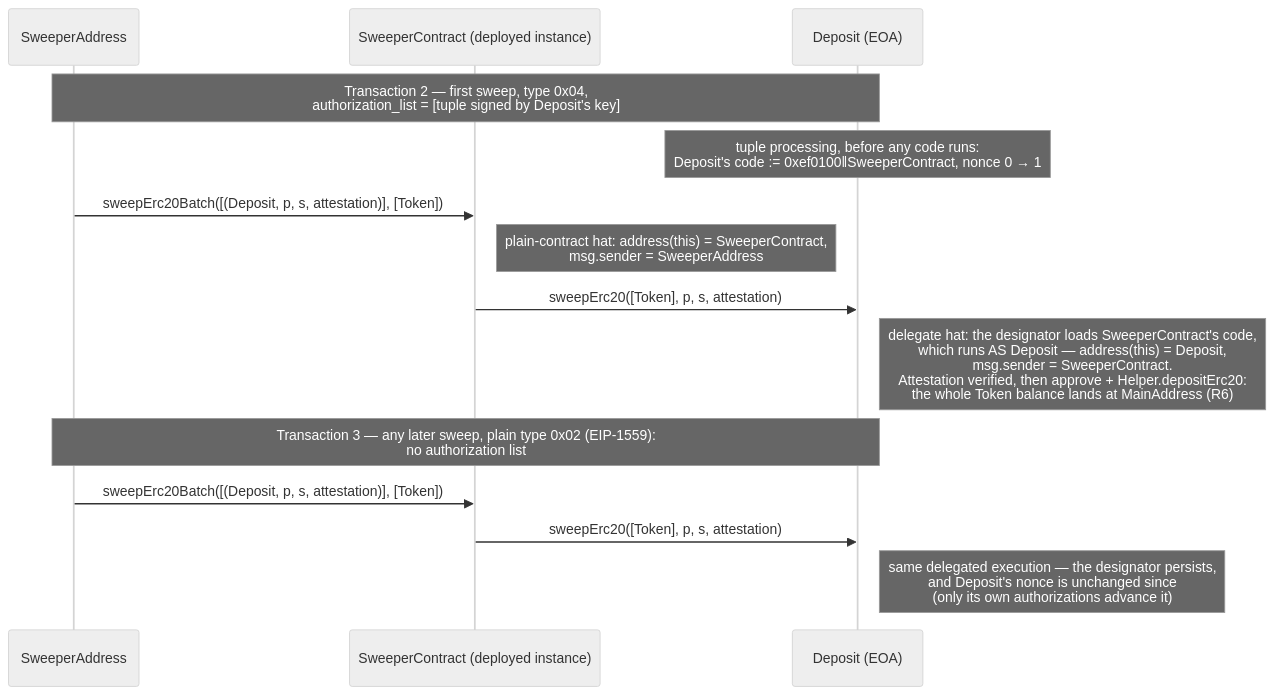
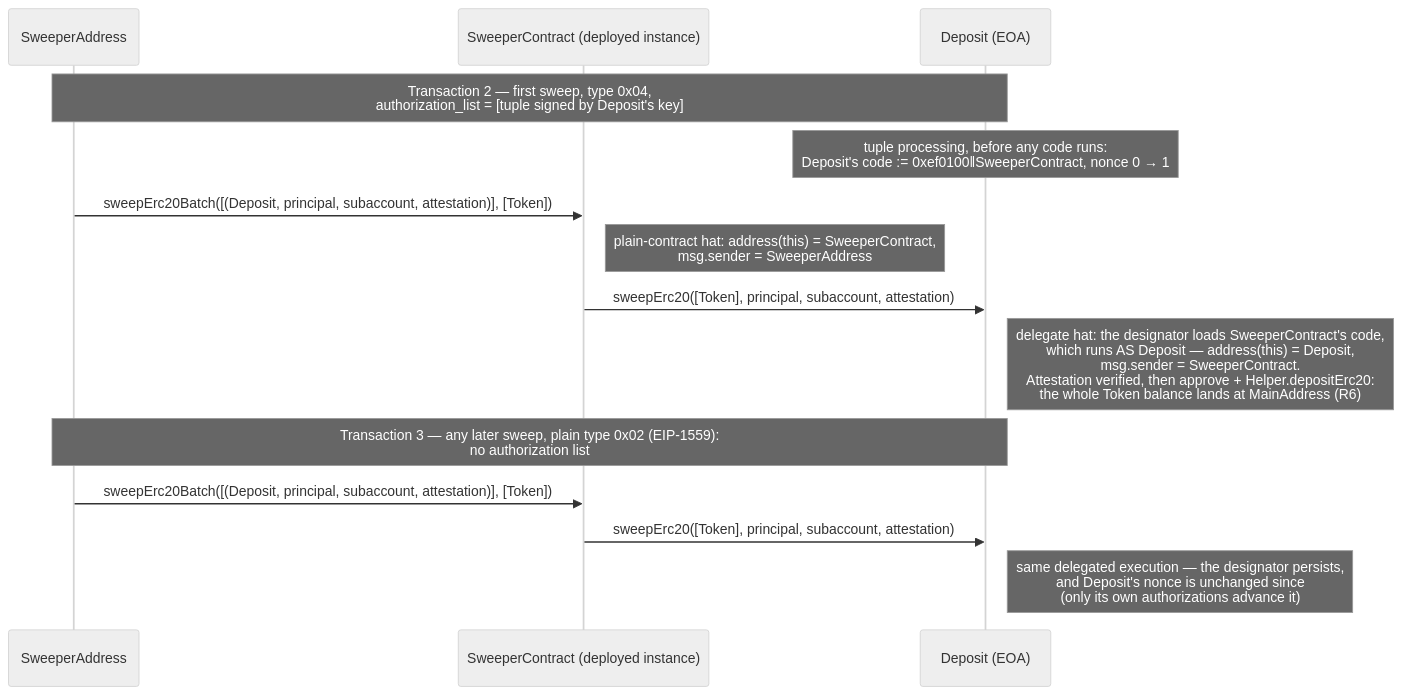
One commit to dfinity/ic changed the fifth of 6 diagrams in rs/ethereum/cketh/docs/deposit_from_cex.md. Above: the diagram before and after it, drawn with Mermaid (neutral theme).

Commit message:
docs(cketh): spell out principal and subaccount in the primer diagram

````diff
--- a/rs/ethereum/cketh/docs/deposit_from_cex.md
+++ b/rs/ethereum/cketh/docs/deposit_from_cex.md
@@ -971,18 +971,18 @@
 ```mermaid
 sequenceDiagram
     participant Sw as SweeperAddress
     participant S as SweeperContract (deployed instance)
     participant D as Deposit (EOA)
 
     Note over Sw,D: Transaction 2 — first sweep, type 0x04,<br/>authorization_list = [tuple signed by Deposit's key]
     Note over D: tuple processing, before any code runs:<br/>Deposit's code := 0xef0100‖SweeperContract, nonce 0 → 1
-    Sw->>S: sweepErc20Batch([(Deposit, p, s, attestation)], [Token])
+    Sw->>S: sweepErc20Batch([(Deposit, principal, subaccount, attestation)], [Token])
     Note right of S: plain-contract hat: address(this) = SweeperContract,<br/>msg.sender = SweeperAddress
-    S->>D: sweepErc20([Token], p, s, attestation)
+    S->>D: sweepErc20([Token], principal, subaccount, attestation)
     Note right of D: delegate hat: the designator loads SweeperContract's code,<br/>which runs AS Deposit — address(this) = Deposit,<br/>msg.sender = SweeperContract.<br/>Attestation verified, then approve + Helper.depositErc20:<br/>the whole Token balance lands at MainAddress (R6)
 
     Note over Sw,D: Transaction 3 — any later sweep, plain type 0x02 (EIP-1559):<br/>no authorization list
-    Sw->>S: sweepErc20Batch([(Deposit, p, s, attestation)], [Token])
-    S->>D: sweepErc20([Token], p, s, attestation)
+    Sw->>S: sweepErc20Batch([(Deposit, principal, subaccount, attestation)], [Token])
+    S->>D: sweepErc20([Token], principal, subaccount, attestation)
     Note right of D: same delegated execution — the designator persists,<br/>and Deposit's nonce is unchanged since<br/>(only its own authorizations advance it)
 ```
````
